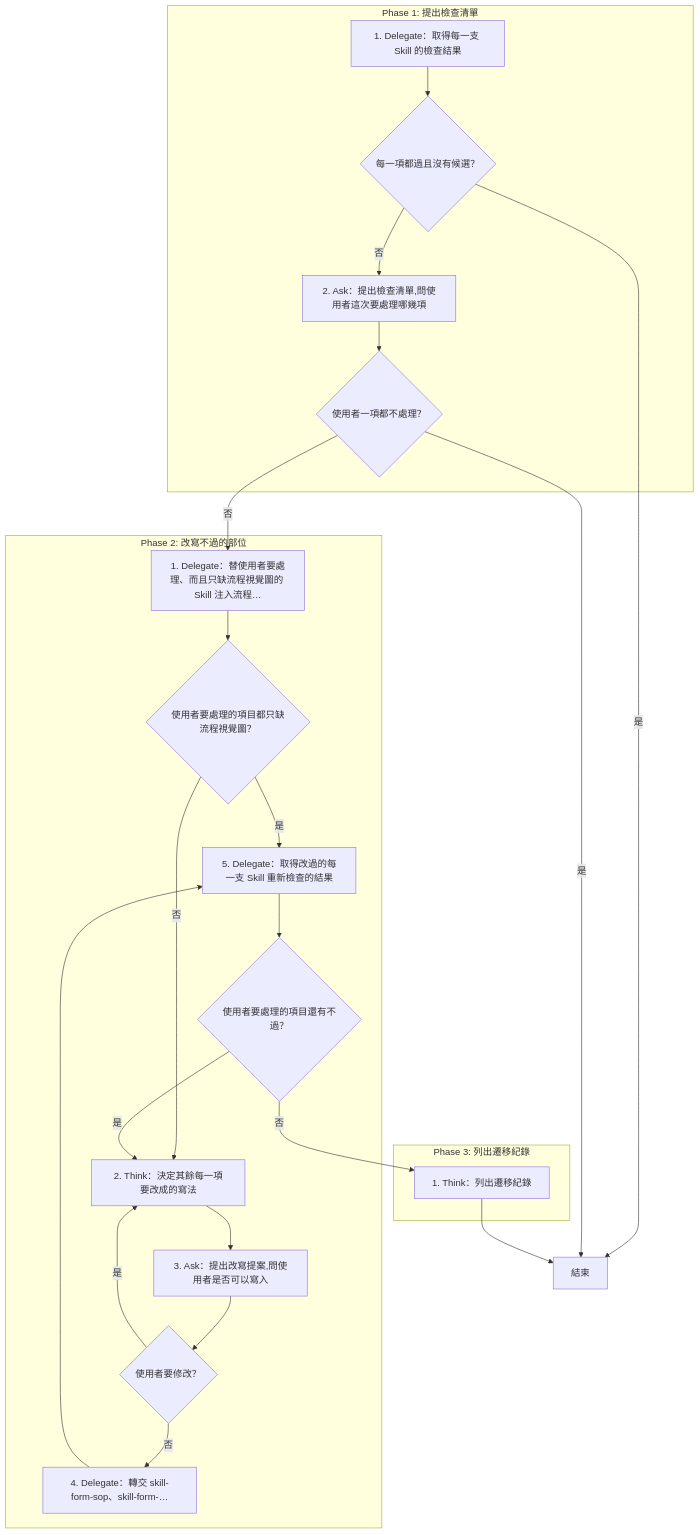
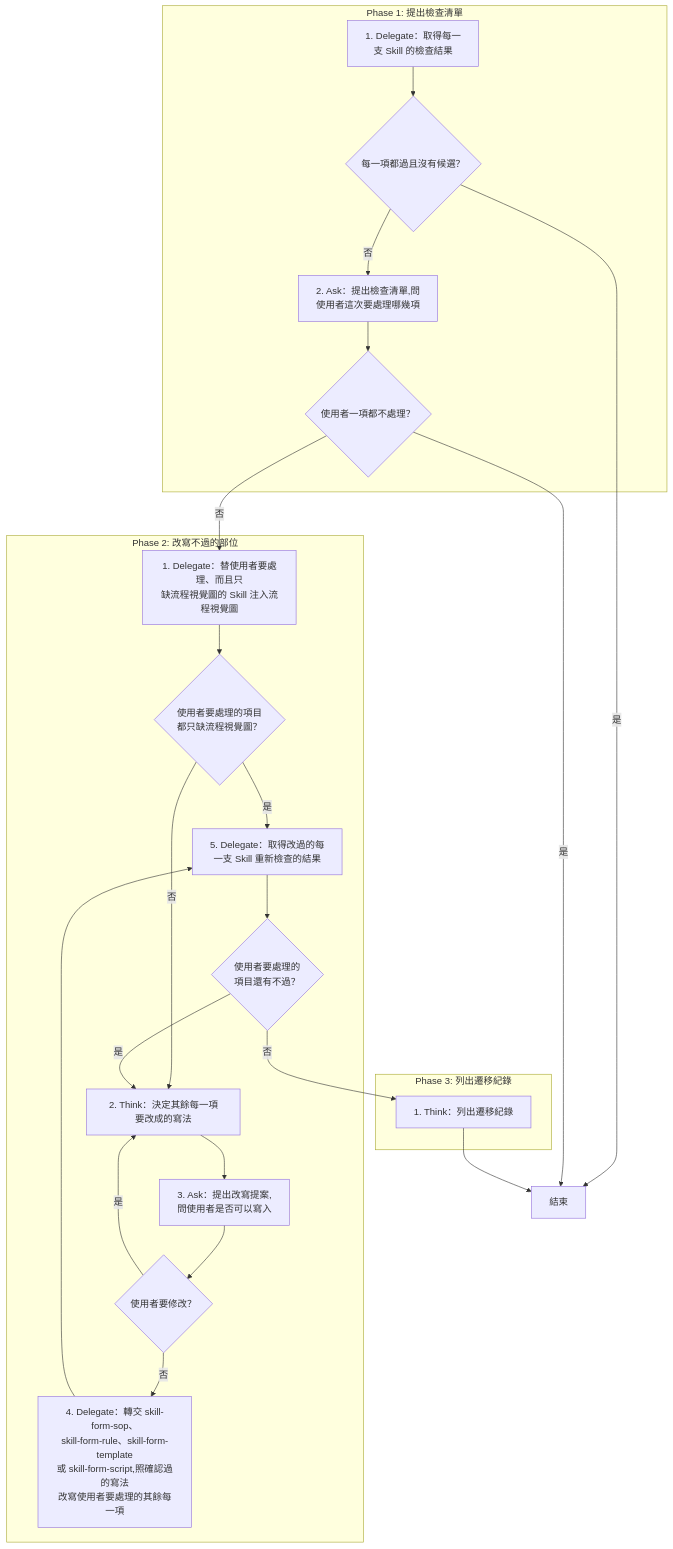
The first of 2 diagrams in .agents/skills/skill-conform/SKILL.md (AI-x-BDD/BDGG-Dev-Skills), drawn with Mermaid before and after one commit. The commit also changed other lines of this file and 43 other files, not shown here.

First line of the commit message:
feat!: skill-form-sop 的流程視覺圖改放檔尾並以粗體標出的核心動作當標籤

````diff
--- a/.agents/skills/skill-conform/SKILL.md
+++ b/.agents/skills/skill-conform/SKILL.md
@@ -11,41 +25,41 @@
 ```mermaid
 flowchart TD
     subgraph P1["Phase 1: 提出檢查清單"]
-        P1S1["1. Delegate：取得每一支 Skill 的檢查結果"]
+        P1S1["1. Delegate：取得每一<br/>支 Skill 的檢查結果"]
         G_P1S1_1{"每一項都過且沒有候選？"}
-        P1S2["2. Ask：提出檢查清單,問使用者這次要處理哪幾項"]
+        P1S2["2. Ask：提出檢查清單,問<br/>使用者這次要處理哪幾項"]
         G_P1S2_1{"使用者一項都不處理？"}
     end
     subgraph P2["Phase 2: 改寫不過的部位"]
-        P2S1["1. Delegate：替使用者要處理、而且只缺流程視覺圖的 Skill 注入流程…"]
-        G_P2S1_1{"使用者要處理的項目都只缺流程視覺圖？"}
+        P2S1["1. Delegate：替使用者要處理、而且只<br/>缺流程視覺圖的 Skill 注入流程視覺圖"]
+        G_P2S1_1{"使用者要處理的項目<br/>都只缺流程視覺圖？"}
         P2S2["2. Think：決定其餘每一項要改成的寫法"]
-        P2S3["3. Ask：提出改寫提案,問使用者是否可以寫入"]
+        P2S3["3. Ask：提出改寫提案,<br/>問使用者是否可以寫入"]
         G_P2S3_1{"使用者要修改？"}
-        P2S4["4. Delegate：轉交 skill-form-sop、skill-form-…"]
-        P2S5["5. Delegate：取得改過的每一支 Skill 重新檢查的結果"]
-        G_P2S5_1{"使用者要處理的項目還有不過？"}
+        P2S4["4. Delegate：轉交 skill-form-sop、<br/>skill-form-rule、skill-form-template<br/>或 skill-form-script,照確認過的寫法<br/>改寫使用者要處理的其餘每一項"]
+        P2S5["5. Delegate：取得改過的每<br/>一支 Skill 重新檢查的結果"]
+        G_P2S5_1{"使用者要處理的<br/>項目還有不過？"}
     end
     subgraph P3["Phase 3: 列出遷移紀錄"]
         P3S1["1. Think：列出遷移紀錄"]
     end
     End["結束"]
     P1S1 --> G_P1S1_1
     G_P1S1_1 -->|是| End
     G_P1S1_1 -->|否| P1S2
     P1S2 --> G_P1S2_1
     G_P1S2_1 -->|是| End
     G_P1S2_1 -->|否| P2S1
     P2S1 --> G_P2S1_1
     G_P2S1_1 -->|是| P2S5
     G_P2S1_1 -->|否| P2S2
     P2S2 --> P2S3
     P2S3 --> G_P2S3_1
     G_P2S3_1 -->|是| P2S2
     G_P2S3_1 -->|否| P2S4
     P2S4 --> P2S5
     P2S5 --> G_P2S5_1
     G_P2S5_1 -->|是| P2S2
     G_P2S5_1 -->|否| P3S1
     P3S1 --> End
 ```
````
